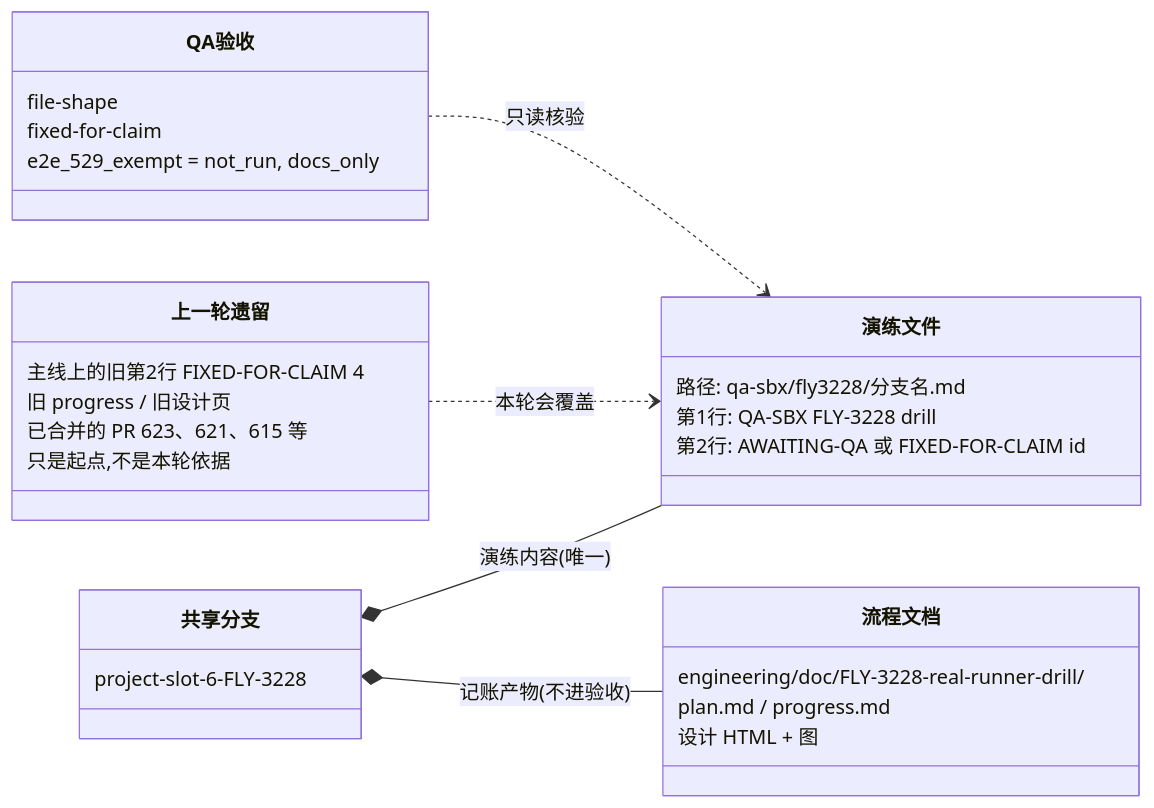
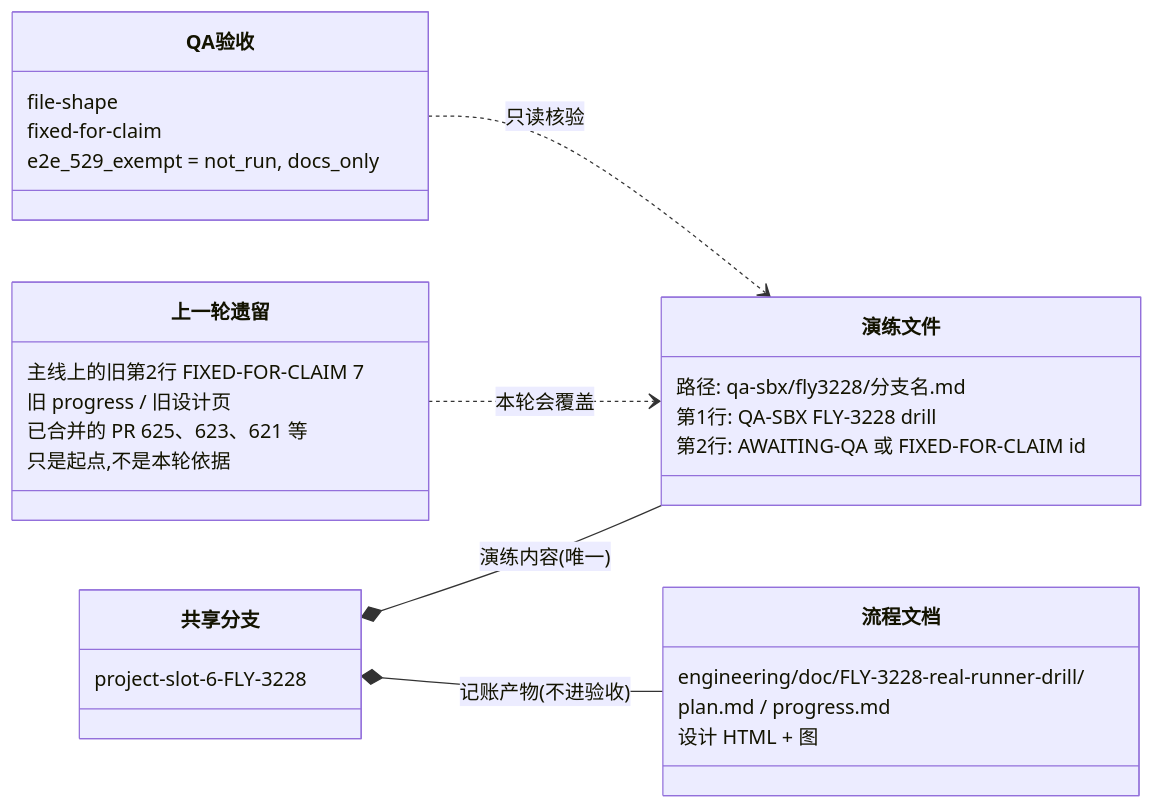
The diagram in engineering/doc/FLY-3228-real-runner-drill/d2-data-model.mmd (xrliAnnie/flywheel-qa-sandbox), drawn with Mermaid before and after one commit. The commit also changed 7 other files, not shown here.

```diff
--- a/engineering/doc/FLY-3228-real-runner-drill/d2-data-model.mmd
+++ b/engineering/doc/FLY-3228-real-runner-drill/d2-data-model.mmd
@@ -1,30 +1,30 @@
 classDiagram
     direction LR
     class 共享分支 {
         project-slot-6-FLY-3228
     }
     class 演练文件 {
         路径: qa-sbx/fly3228/分支名.md
         第1行: QA-SBX FLY-3228 drill
         第2行: AWAITING-QA 或 FIXED-FOR-CLAIM id
     }
     class 上一轮遗留 {
-        主线上的旧第2行 FIXED-FOR-CLAIM 4
+        主线上的旧第2行 FIXED-FOR-CLAIM 7
         旧 progress / 旧设计页
-        已合并的 PR 623、621、615 等
+        已合并的 PR 625、623、621 等
         只是起点,不是本轮依据
     }
     class 流程文档 {
         engineering/doc/FLY-3228-real-runner-drill/
         plan.md / progress.md
         设计 HTML + 图
     }
     class QA验收 {
         file-shape
         fixed-for-claim
         e2e_529_exempt = not_run, docs_only
     }
     共享分支 *-- 演练文件 : 演练内容(唯一)
     共享分支 *-- 流程文档 : 记账产物(不进验收)
     上一轮遗留 ..> 演练文件 : 本轮会覆盖
     QA验收 ..> 演练文件 : 只读核验
```
